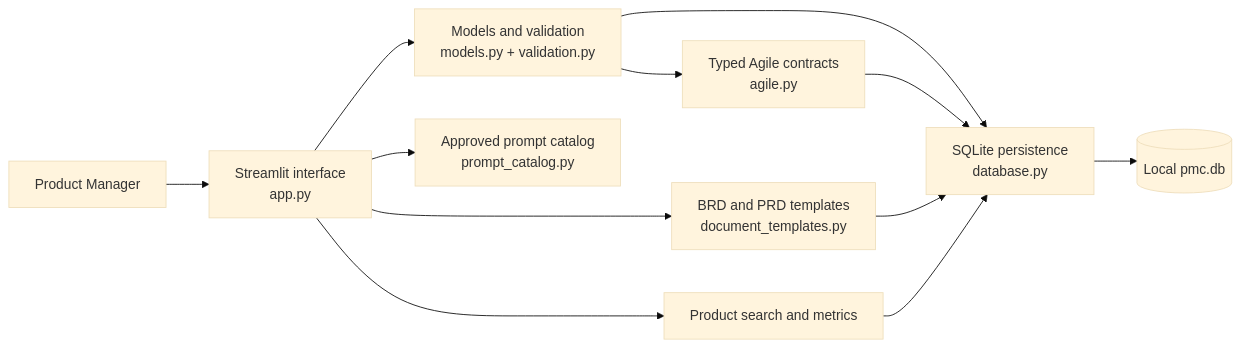
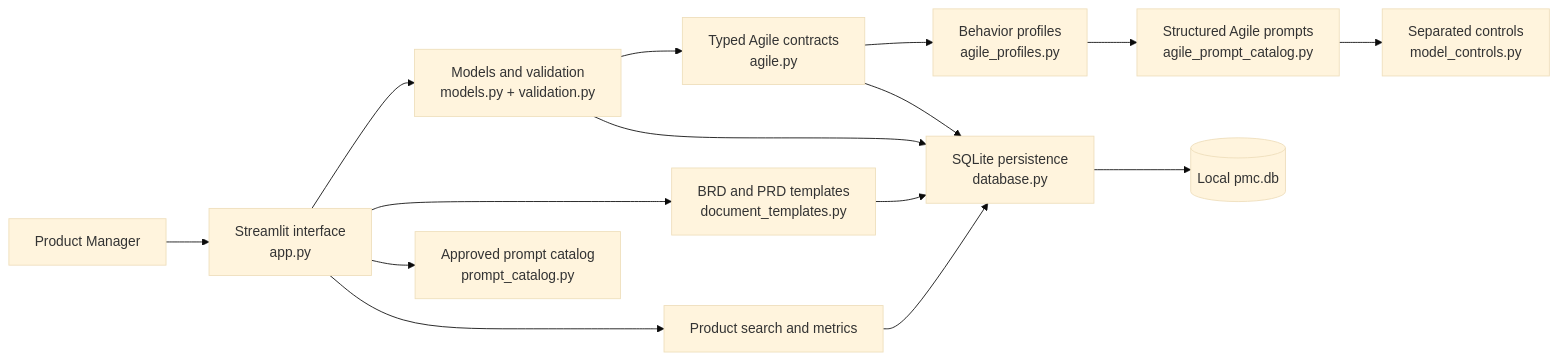
Before and after one commit to Celso-PM-AI/product-manager-central: the first of 3 diagrams in docs/ARCHITECTURE.md, drawn with Mermaid (base theme). The commit also changed other lines of this file and 9 other files, not shown here.

Commit message:
Complete Phase 10 Checkpoint 8 profile and prompt controls

````diff
--- a/docs/ARCHITECTURE.md
+++ b/docs/ARCHITECTURE.md
@@ -11,14 +11,17 @@
 ```mermaid
 flowchart LR
     PM[Product Manager] --> UI[Streamlit interface<br/>app.py]
     UI --> CORE[Models and validation<br/>models.py + validation.py]
     CORE --> AGILE[Typed Agile contracts<br/>agile.py]
+    AGILE --> PROFILE[Behavior profiles<br/>agile_profiles.py]
+    PROFILE --> APROMPT[Structured Agile prompts<br/>agile_prompt_catalog.py]
+    APROMPT --> CONTROL[Separated controls<br/>model_controls.py]
     UI --> DOCS[BRD and PRD templates<br/>document_templates.py]
     UI --> PROMPTS[Approved prompt catalog<br/>prompt_catalog.py]
     CORE --> DB[SQLite persistence<br/>database.py]
     AGILE --> DB
     DOCS --> DB
     DB --> LOCAL[(Local pmc.db)]
     UI --> SEARCH[Product search and metrics]
     SEARCH --> DB
 ```
````
